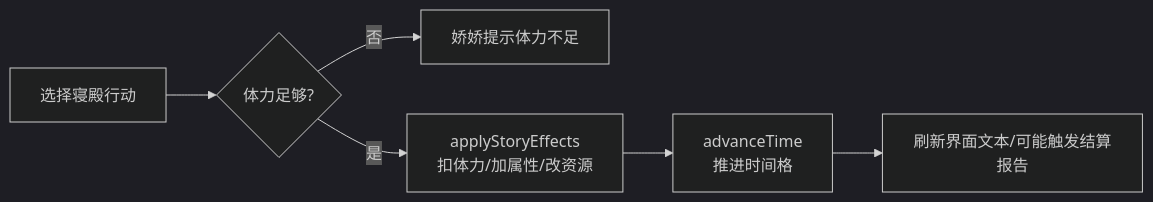
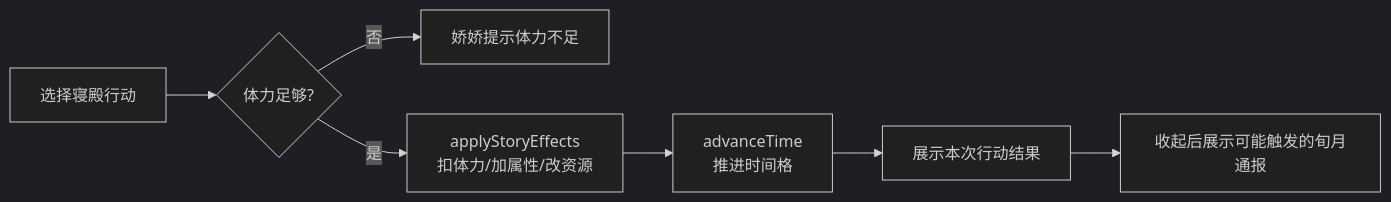
The ninth of 17 diagrams in 02-project-codex-ai-config-wiring-fix/docs/game-system-breakdown.md (changyikun/02-project-codex-ai-config-wiring-fix), drawn with Mermaid (dark theme) before and after one commit. The commit also changed other lines of this file and 29 other files, not shown here.

````diff
--- a/02-project-codex-ai-config-wiring-fix/docs/game-system-breakdown.md
+++ b/02-project-codex-ai-config-wiring-fix/docs/game-system-breakdown.md
@@ -367,8 +413,9 @@
 ```mermaid
 flowchart LR
   Choose["选择寝殿行动"] --> Check{"体力足够?"}
   Check -- 否 --> Reject["娇娇提示体力不足"]
   Check -- 是 --> Apply["applyStoryEffects\n扣体力/加属性/改资源"]
   Apply --> Time["advanceTime\n推进时间格"]
-  Time --> Report["刷新界面文本/可能触发结算报告"]
+  Time --> ActionText["展示本次行动结果"]
+  ActionText --> Report["收起后展示可能触发的旬月通报"]
 ```
````
